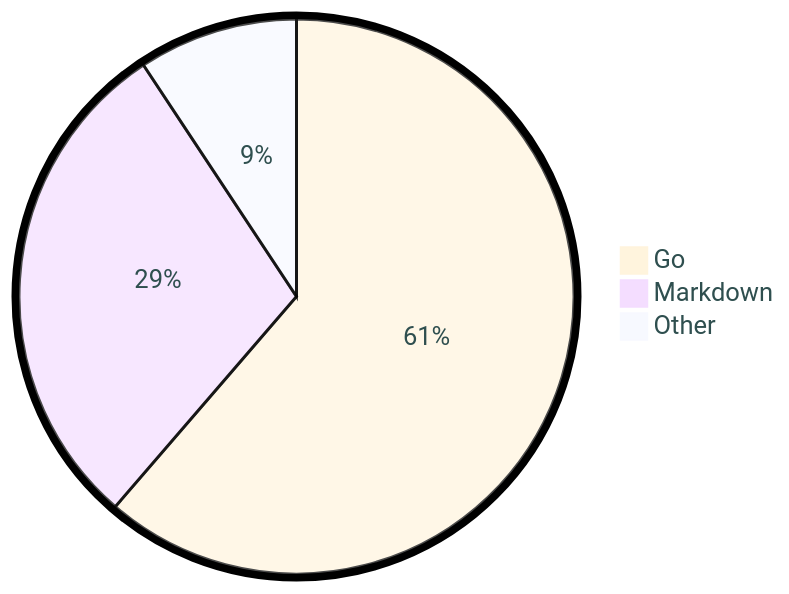
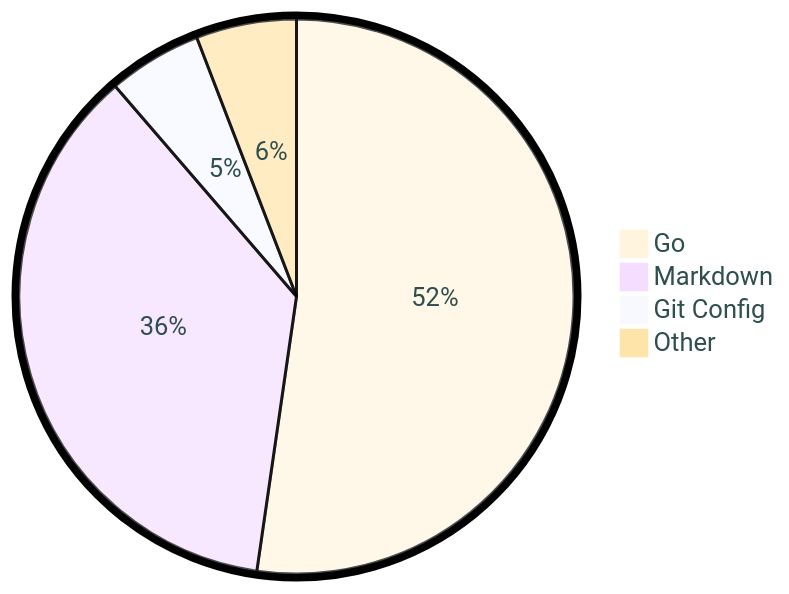
One commit to tot0p/tot0p changed the diagram in README.md. Above: the diagram before and after it, drawn with Mermaid. The commit also changed other lines of this file, not shown here.

````diff
--- a/README.md
+++ b/README.md
@@ -123,7 +122,8 @@
 ```mermaid
 %%{init: {"pie": {"textPosition": 0.5}, "themeVariables": {"pieOuterStrokeWidth": "5px","primaryTextColor" : "#2F4F4F"},"theme":"base"} }%%
 pie
-	"Go": 61.33
-	"Markdown": 29.38
-	"Other": 9.3
+	"Go": 52.28
+	"Markdown": 36.39
+	"Git Config": 5.47
+	"Other": 5.85
 ```
````
